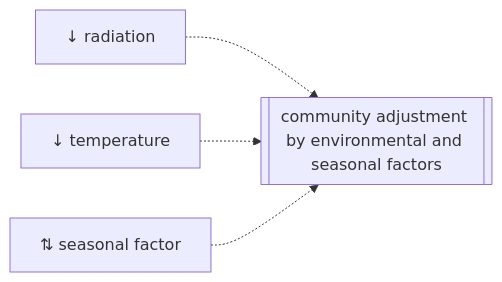
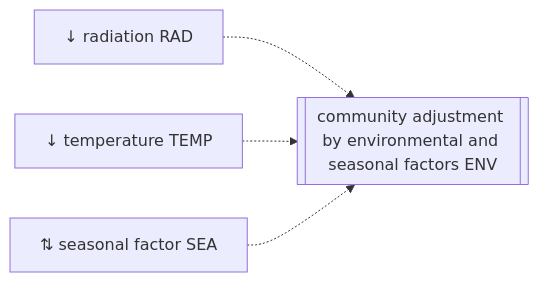
The diagram in docs/src/model/biomass/growth_env_factors.md (FelixNoessler/GrasslandTraitSim.jl), drawn with Mermaid before and after one commit. The commit also changed other lines of this file and 10 other files, not shown here.

````diff
--- a/docs/src/model/biomass/growth_env_factors.md
+++ b/docs/src/model/biomass/growth_env_factors.md
@@ -24,10 +24,10 @@
 ```mermaid
 flowchart LR
-    B[[community adjustment by environmental and seasonal factors]]
-    L[↓ radiation] -.-> B
-    M[↓ temperature] -.-> B
-    N[⇅ seasonal factor] -.-> B
+    B[[community adjustment by environmental and seasonal factors ENV]]
+    L[↓ radiation RAD] -.-> B
+    M[↓ temperature TEMP] -.-> B
+    N[⇅ seasonal factor SEA] -.-> B
 click L "growth_env_factors#Radiation-influence" "Go"
 click M "growth_env_factors#Temperature-influence" "Go"
 click N "growth_env_factors#Seasonal-effect" "Go"
 ```
````
